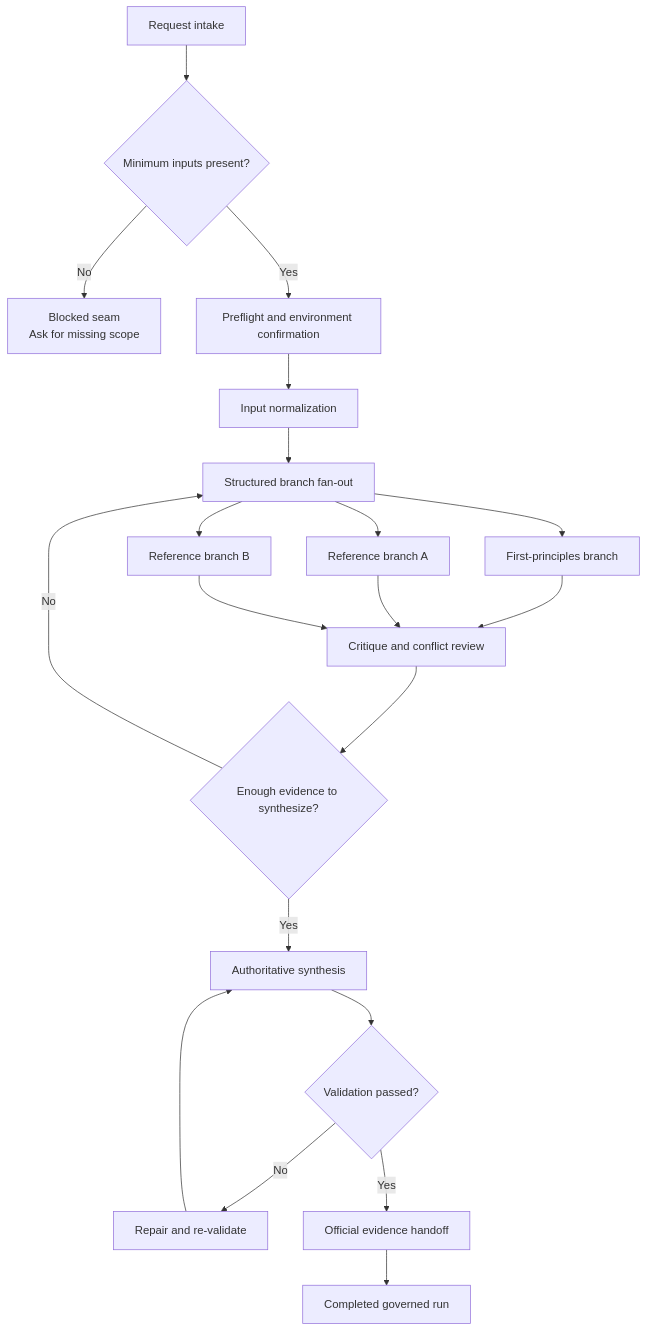
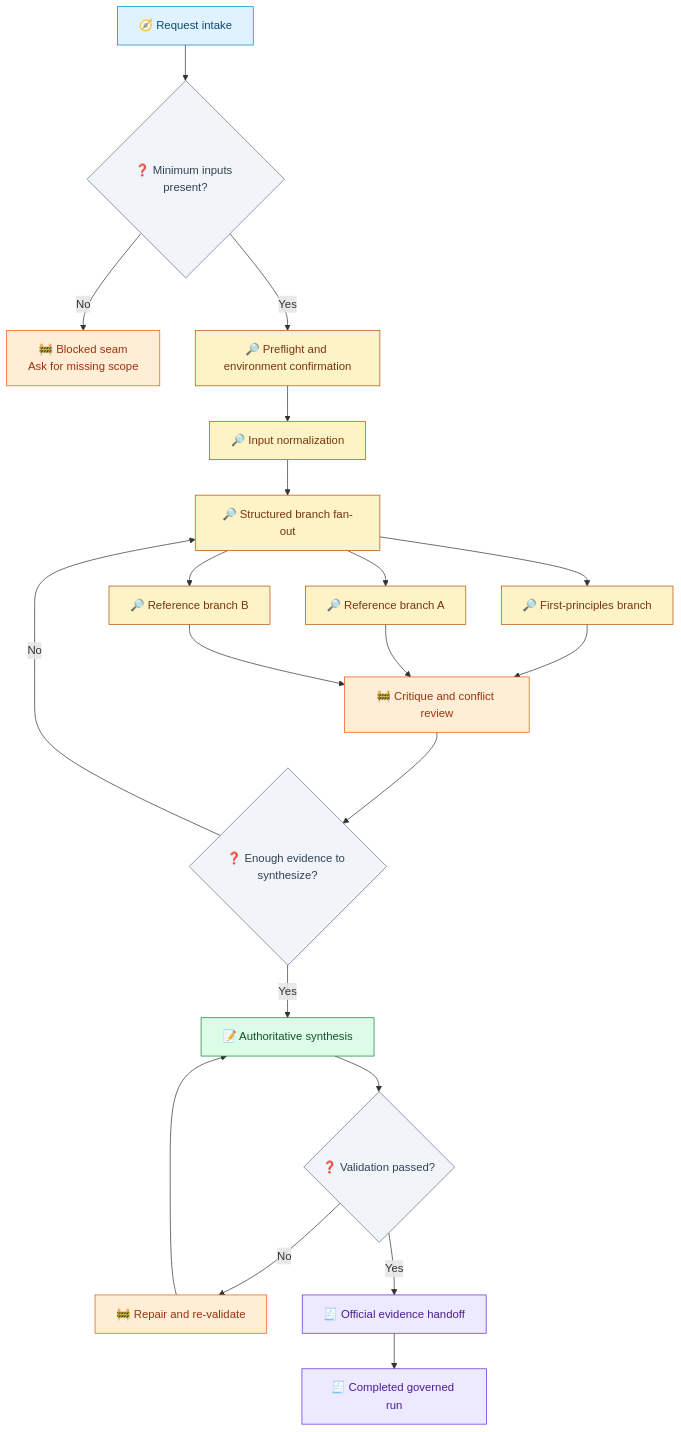
The first of 2 diagrams in docs/en/examples/so-enhanced-skill-run.md (waynebaby/Techne-Loom), drawn with Mermaid before and after one commit. The commit also changed other lines of this file and 19 other files, not shown here.

Commit message:
Standardize Mermaid accessibility across docs

````diff
--- a/docs/en/examples/so-enhanced-skill-run.md
+++ b/docs/en/examples/so-enhanced-skill-run.md
@@ -32,22 +34,36 @@
 ```mermaid
 flowchart TD
-    A[Request intake] --> B{Minimum inputs present?}
-    B -- No --> B1[Blocked seam\nAsk for missing scope]
-    B -- Yes --> C[Preflight and environment confirmation]
-    C --> D[Input normalization]
-    D --> E[Structured branch fan-out]
-    E --> E1[First-principles branch]
-    E --> E2[Reference branch A]
-    E --> E3[Reference branch B]
-    E1 --> F[Critique and conflict review]
+    A[🧭 Request intake] --> B{❓ Minimum inputs present?}
+    B -- No --> B1[🚧 Blocked seam\nAsk for missing scope]
+    B -- Yes --> C[🔎 Preflight and environment confirmation]
+    C --> D[🔎 Input normalization]
+    D --> E[🔎 Structured branch fan-out]
+    E --> E1[🔎 First-principles branch]
+    E --> E2[🔎 Reference branch A]
+    E --> E3[🔎 Reference branch B]
+    E1 --> F[🚧 Critique and conflict review]
     E2 --> F
     E3 --> F
-    F --> G{Enough evidence to synthesize?}
+    F --> G{❓ Enough evidence to synthesize?}
     G -- No --> E
-    G -- Yes --> H[Authoritative synthesis]
-    H --> I{Validation passed?}
-    I -- No --> J[Repair and re-validate]
+    G -- Yes --> H[📝 Authoritative synthesis]
+    H --> I{❓ Validation passed?}
+    I -- No --> J[🚧 Repair and re-validate]
     J --> H
-    I -- Yes --> K[Official evidence handoff]
-    K --> L[Completed governed run]
+    I -- Yes --> K[🧾 Official evidence handoff]
+    K --> L[🧾 Completed governed run]
+
+    classDef intake fill:#E0F2FE,stroke:#0284C7,color:#0C4A6E;
+    classDef branch fill:#FEF3C7,stroke:#B45309,color:#78350F;
+    classDef review fill:#FFEDD5,stroke:#EA580C,color:#9A3412;
+    classDef synth fill:#DCFCE7,stroke:#15803D,color:#14532D;
+    classDef evidence fill:#EDE9FE,stroke:#6D28D9,color:#4C1D95;
+    classDef decision fill:#F1F5F9,stroke:#64748B,color:#334155;
+
+    class A intake;
+    class C,D,E,E1,E2,E3 branch;
+    class B1,F,J review;
+    class H synth;
+    class K,L evidence;
+    class B,G,I decision;
 ```
````
